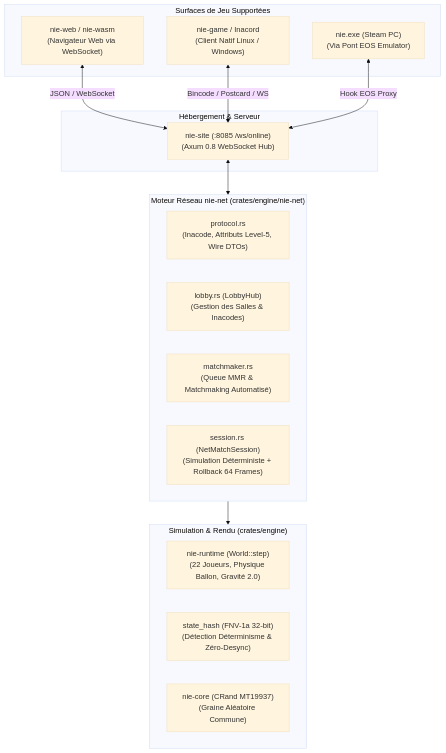
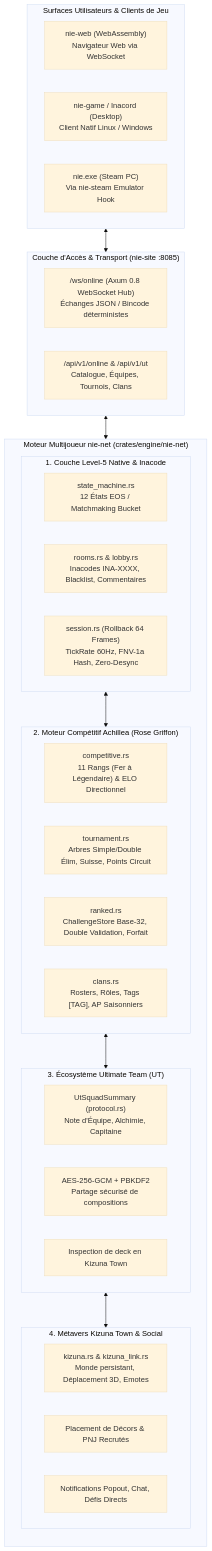
The diagram in docs/NIE-ONLINE-MODE.md (aphrody-code/nie), drawn with Mermaid (base theme) before and after one commit. The commit also changed other lines of this file and 1 other file, not shown here.

First line of the commit message:
feat(nie-net): unify FUT, Achillea competitive suite and Level-5 online architecture

````diff
--- a/docs/NIE-ONLINE-MODE.md
+++ b/docs/NIE-ONLINE-MODE.md
@@ -23,31 +15,48 @@
 ```mermaid
 flowchart TD
-    subgraph Clients ["Surfaces de Jeu Supportées"]
-        WebClient["nie-web / nie-wasm<br/>(Navigateur Web via WebSocket)"]
-        NativeClient["nie-game / Inacord<br/>(Client Natif Linux / Windows)"]
-        SteamGame["nie.exe (Steam PC)<br/>(Via Pont EOS Emulator)"]
+    subgraph Clients ["Surfaces Utilisateurs & Clients de Jeu"]
+        Wasm["nie-web (WebAssembly)<br/>Navigateur Web via WebSocket"]
+        Native["nie-game / Inacord (Desktop)<br/>Client Natif Linux / Windows"]
+        Steam["nie.exe (Steam PC)<br/>Via nie-steam Emulator Hook"]
     end
 
-    subgraph NieNet ["Moteur Réseau nie-net (crates/engine/nie-net)"]
-        Protocol["protocol.rs<br/>(Inacode, Attributs Level-5, Wire DTOs)"]
-        LobbyMgr["lobby.rs (LobbyHub)<br/>(Gestion des Salles & Inacodes)"]
-        Matchmaker["matchmaker.rs<br/>(Queue MMR & Matchmaking Automatisé)"]
-        SessionMgr["session.rs (NetMatchSession)<br/>(Simulation Déterministe + Rollback 64 Frames)"]
+    subgraph Transport ["Couche d'Accès & Transport (nie-site :8085)"]
+        WsHub["/ws/online (Axum 0.8 WebSocket Hub)<br/>Échanges JSON / Bincode déterministes"]
+        RestAPI["/api/v1/online & /api/v1/ut<br/>Catalogue, Équipes, Tournois, Clans"]
     end
 
-    subgraph Engine ["Simulation & Rendu (crates/engine)"]
-        WorldSim["nie-runtime (World::step)<br/>(22 Joueurs, Physique Ballon, Gravité 2.0)"]
-        StateHash["state_hash (FNV-1a 32-bit)<br/>(Détection Déterminisme & Zéro-Desync)"]
-        CoreRNG["nie-core (CRand MT19937)<br/>(Graine Aléatoire Commune)"]
+    subgraph Core ["Moteur Multijoueur nie-net (crates/engine/nie-net)"]
+        direction TB
+        
+        subgraph Level5_RE ["1. Couche Level-5 Native & Inacode"]
+            L5_SM["state_machine.rs<br/>12 États EOS / Matchmaking Bucket"]
+            L5_Room["rooms.rs & lobby.rs<br/>Inacodes INA-XXXX, Blacklist, Commentaires"]
+            L5_Rollback["session.rs (Rollback 64 Frames)<br/>TickRate 60Hz, FNV-1a Hash, Zero-Desync"]
+        end
+
+        subgraph Achillea_Esport ["2. Moteur Compétitif Achillea (Rose Griffon)"]
+            Ach_Elo["competitive.rs<br/>11 Rangs (Fer à Légendaire) & ELO Directionnel"]
+            Ach_Tourn["tournament.rs<br/>Arbres Simple/Double Élim, Suisse, Points Circuit"]
+            Ach_Ranked["ranked.rs<br/>ChallengeStore Base-32, Double Validation, Forfait"]
+            Ach_Clan["clans.rs<br/>Rosters, Rôles, Tags [TAG], AP Saisonniers"]
+        end
+
+        subgraph FUT_Ecosystem ["3. Écosystème Ultimate Team (UT)"]
+            FUT_Squad["UtSquadSummary (protocol.rs)<br/>Note d'Équipe, Alchimie, Capitaine"]
+            FUT_Crypto["AES-256-GCM + PBKDF2<br/>Partage sécurisé de compositions"]
+            FUT_Inspect["Inspection de deck en Kizuna Town"]
+        end
+
+        subgraph Kizuna_Town ["4. Métavers Kizuna Town & Social"]
+            Kiz_World["kizuna.rs & kizuna_link.rs<br/>Monde persistant, Déplacement 3D, Emotes"]
+            Kiz_Build["Placement de Décors & PNJ Recrutés"]
+            Kiz_Social["Notifications Popout, Chat, Défis Directs"]
+        end
     end
 
-    subgraph Service ["Hébergement & Serveur"]
-        NieSite["nie-site (:8085 /ws/online)<br/>(Axum 0.8 WebSocket Hub)"]
-    end
-
-    WebClient <-->|JSON / WebSocket| NieSite
-    NativeClient <-->|Bincode / Postcard / WS| NieSite
-    SteamGame <-->|Hook EOS Proxy| NieSite
-    NieSite <--> NieNet
-    NieNet --> Engine
+    Clients <--> Transport
+    Transport <--> Core
+    Level5_RE <--> Achillea_Esport
+    Achillea_Esport <--> FUT_Ecosystem
+    FUT_Ecosystem <--> Kizuna_Town
 ```
````
